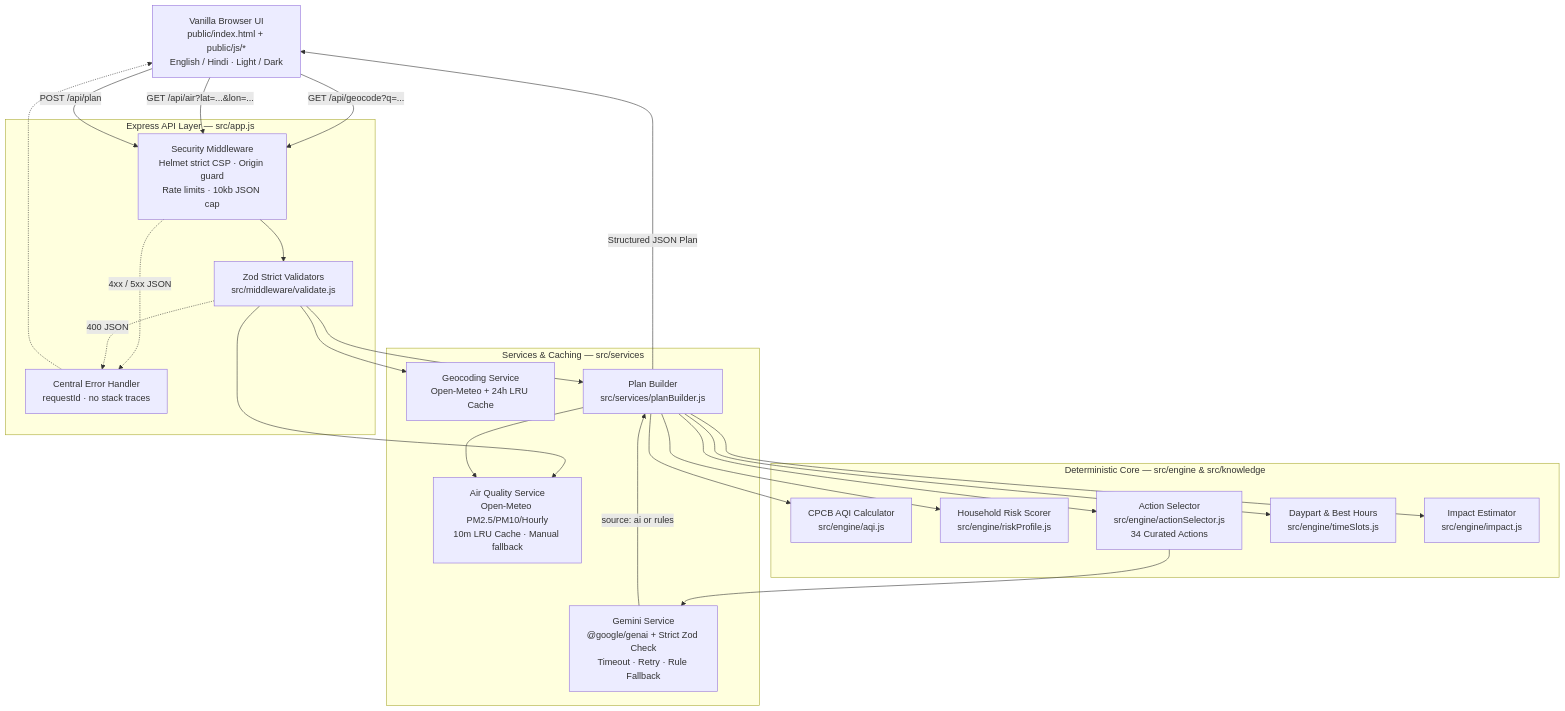
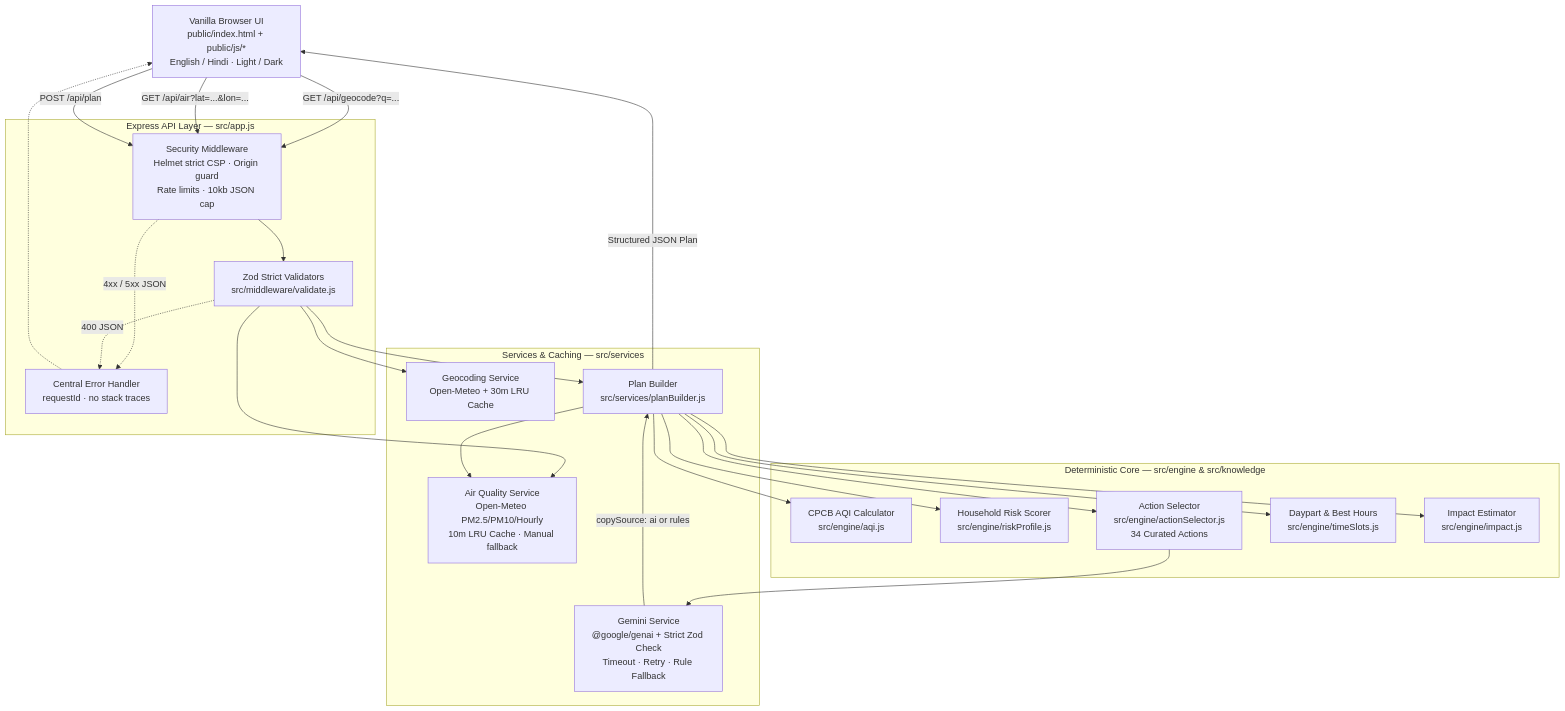
One commit to hardikagrawal303-spec/airwise changed the diagram in docs/architecture.md. Above: the diagram before and after it, drawn with Mermaid. The commit also changed other lines of this file and 39 other files, not shown here.

````diff
--- a/docs/architecture.md
+++ b/docs/architecture.md
@@ -9,47 +9,47 @@
 ```mermaid
 flowchart TD
     UI[Vanilla Browser UI\npublic/index.html + public/js/*\nEnglish / Hindi · Light / Dark]
 
     subgraph API[Express API Layer — src/app.js]
         SEC[Security Middleware\nHelmet strict CSP · Origin guard\nRate limits · 10kb JSON cap]
         VAL[Zod Strict Validators\nsrc/middleware/validate.js]
         ERR[Central Error Handler\nrequestId · no stack traces]
     end
 
     subgraph SVC[Services & Caching — src/services]
-        GEO[Geocoding Service\nOpen-Meteo + 24h LRU Cache]
+        GEO[Geocoding Service\nOpen-Meteo + 30m LRU Cache]
         AQ[Air Quality Service\nOpen-Meteo PM2.5/PM10/Hourly\n10m LRU Cache · Manual fallback]
         PB[Plan Builder\nsrc/services/planBuilder.js]
         GEM[Gemini Service\n@google/genai + Strict Zod Check\nTimeout · Retry · Rule Fallback]
     end
 
     subgraph ENG[Deterministic Core — src/engine & src/knowledge]
         AQI[CPCB AQI Calculator\nsrc/engine/aqi.js]
         RISK[Household Risk Scorer\nsrc/engine/riskProfile.js]
         SEL[Action Selector\nsrc/engine/actionSelector.js\n34 Curated Actions]
         TIME[Daypart & Best Hours\nsrc/engine/timeSlots.js]
         IMP[Impact Estimator\nsrc/engine/impact.js]
     end
 
     UI -->|GET /api/geocode?q=...| SEC
     UI -->|GET /api/air?lat=...&lon=...| SEC
     UI -->|POST /api/plan| SEC
 
     SEC --> VAL
     VAL --> GEO
     VAL --> AQ
     VAL --> PB
 
     PB --> AQ
     PB --> AQI
     PB --> RISK
     PB --> SEL
     PB --> TIME
     PB --> IMP
     SEL --> GEM
-    GEM -->|source: ai or rules| PB
+    GEM -->|copySource: ai or rules| PB
     PB -->|Structured JSON Plan| UI
     SEC -.->|4xx / 5xx JSON| ERR
     VAL -.->|400 JSON| ERR
     ERR -.-> UI
 ```
````
